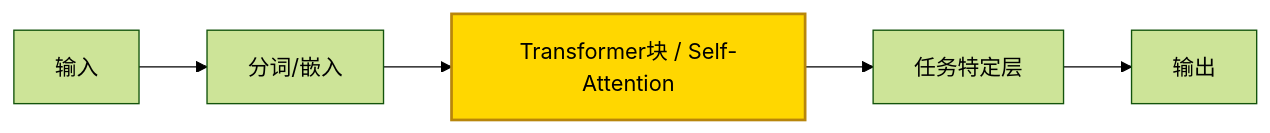
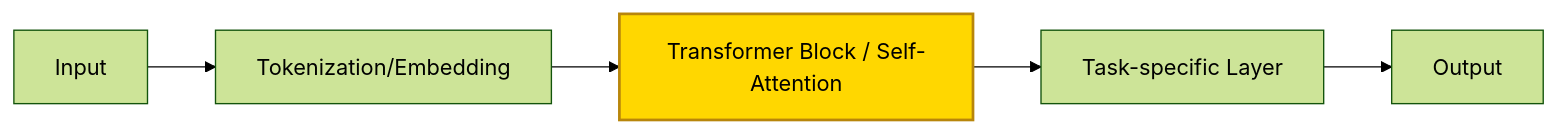
One commit to Kirky-X/cangjie changed the sixth of 11 diagrams in templates/【模板】论文研究报告.md. Above: the diagram before and after it, drawn with Mermaid (forest theme). The commit also changed other lines of this file and 12 other files, not shown here.

````diff
--- a/templates/【模板】论文研究报告.md
+++ b/templates/【模板】论文研究报告.md
@@ -283,9 +283,9 @@
 ```mermaid
 graph LR
-    Input[输入] --> Tokenizer[分词/嵌入]
-    Tokenizer --> Transformer[Transformer块 / Self-Attention]
-    Transformer --> MLP[任务特定层]
-    MLP --> Output[输出]
+    Input[Input] --> Tokenizer[Tokenization/Embedding]
+    Tokenizer --> Transformer[Transformer Block / Self-Attention]
+    Transformer --> MLP[Task-specific Layer]
+    MLP --> Output[Output]
 
     style Transformer fill:#ffd700,stroke:#b8860b,stroke-width:2px
 ```
````
